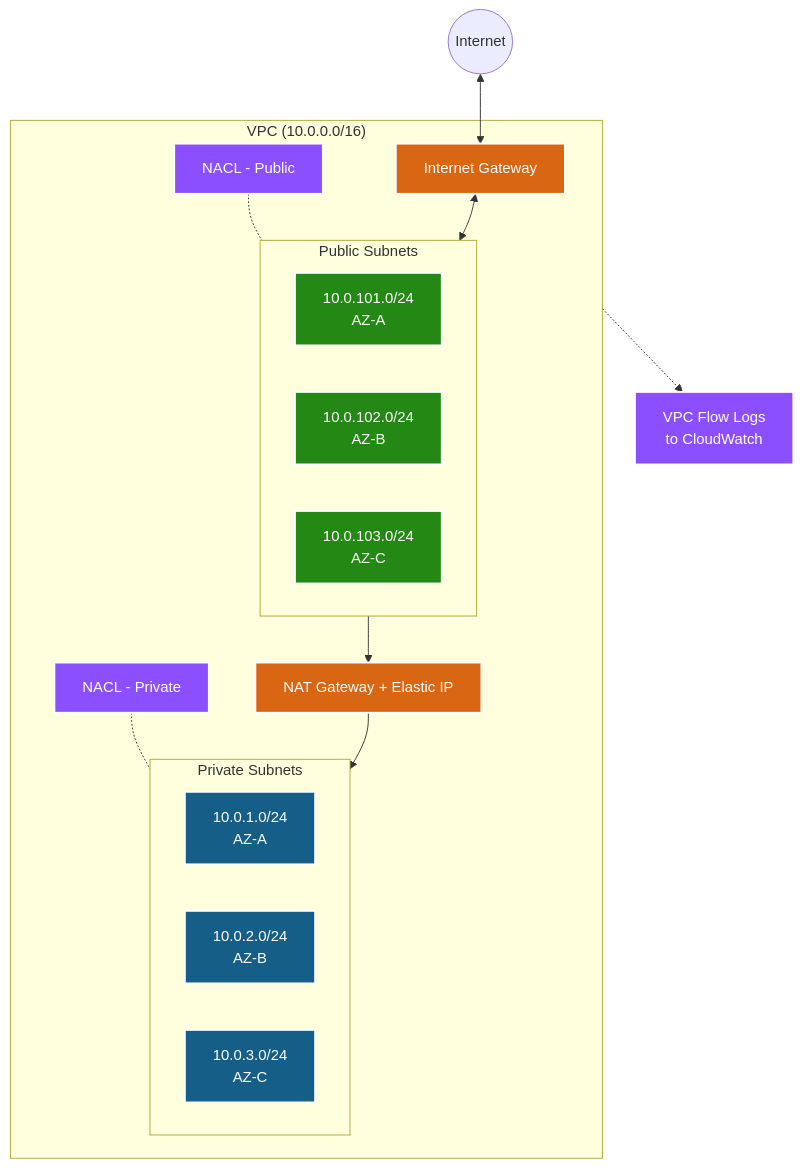
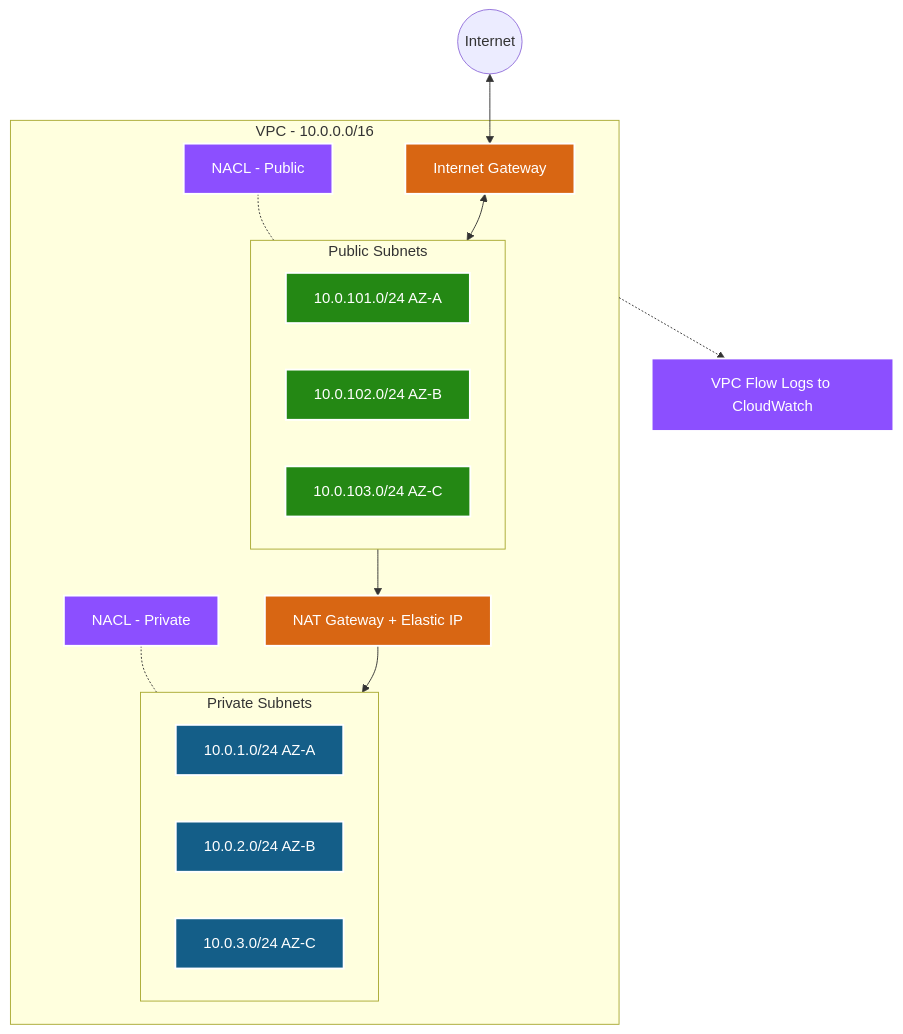
Before and after one commit to selvakumarperumal/EKS_k8s_custom_template_with_Terraform: the first of 2 diagrams in modules/vpc/README.md, drawn with Mermaid. The commit also changed other lines of this file and 5 other files, not shown here.

Commit message:
docs: rewrite all module READMEs with fixed Mermaid diagrams and Terraform code snippets

````diff
--- a/modules/vpc/README.md
+++ b/modules/vpc/README.md
@@ -9,46 +9,46 @@
 ```mermaid
 graph TD
-    classDef pub fill:#248814,stroke:#fff,stroke-width:2px,color:#fff
-    classDef priv fill:#145E88,stroke:#fff,stroke-width:2px,color:#fff
-    classDef gw fill:#D86613,stroke:#fff,stroke-width:2px,color:#fff
-    classDef sec fill:#8C4FFF,stroke:#fff,stroke-width:2px,color:#fff
+    classDef pubStyle fill:#248814,stroke:#fff,stroke-width:2px,color:#fff
+    classDef privStyle fill:#145E88,stroke:#fff,stroke-width:2px,color:#fff
+    classDef gwStyle fill:#D86613,stroke:#fff,stroke-width:2px,color:#fff
+    classDef secStyle fill:#8C4FFF,stroke:#fff,stroke-width:2px,color:#fff
 
-    Internet((Internet))
+    Internet(("Internet"))
 
-    subgraph VPC ["VPC (10.0.0.0/16)"]
+    subgraph VPC ["VPC - 10.0.0.0/16"]
         IGW["Internet Gateway"]
 
         subgraph PublicSubnets ["Public Subnets"]
-            PubA["10.0.101.0/24<br/>AZ-A"]
-            PubB["10.0.102.0/24<br/>AZ-B"]
-            PubC["10.0.103.0/24<br/>AZ-C"]
+            PubA["10.0.101.0/24 AZ-A"]
+            PubB["10.0.102.0/24 AZ-B"]
+            PubC["10.0.103.0/24 AZ-C"]
         end
 
         NAT["NAT Gateway + Elastic IP"]
 
         subgraph PrivateSubnets ["Private Subnets"]
-            PrivA["10.0.1.0/24<br/>AZ-A"]
-            PrivB["10.0.2.0/24<br/>AZ-B"]
-            PrivC["10.0.3.0/24<br/>AZ-C"]
+            PrivA["10.0.1.0/24 AZ-A"]
+            PrivB["10.0.2.0/24 AZ-B"]
+            PrivC["10.0.3.0/24 AZ-C"]
         end
 
         NACL_Pub["NACL - Public"]
         NACL_Priv["NACL - Private"]
     end
 
-    FlowLogs["VPC Flow Logs<br/>to CloudWatch"]
+    FlowLogs["VPC Flow Logs to CloudWatch"]
 
     Internet <--> IGW
     IGW <--> PublicSubnets
     PublicSubnets --> NAT
     NAT --> PrivateSubnets
 
     NACL_Pub -.- PublicSubnets
     NACL_Priv -.- PrivateSubnets
     VPC -.-> FlowLogs
 
-    class PubA,PubB,PubC pub
-    class PrivA,PrivB,PrivC priv
-    class IGW,NAT gw
-    class NACL_Pub,NACL_Priv,FlowLogs sec
+    class PubA,PubB,PubC pubStyle
+    class PrivA,PrivB,PrivC privStyle
+    class IGW,NAT gwStyle
+    class NACL_Pub,NACL_Priv,FlowLogs secStyle
 ```
````
